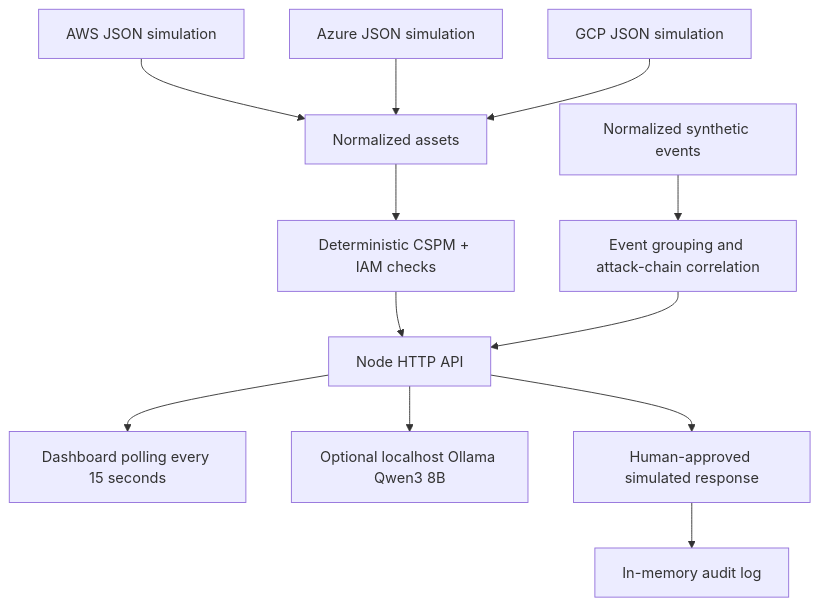
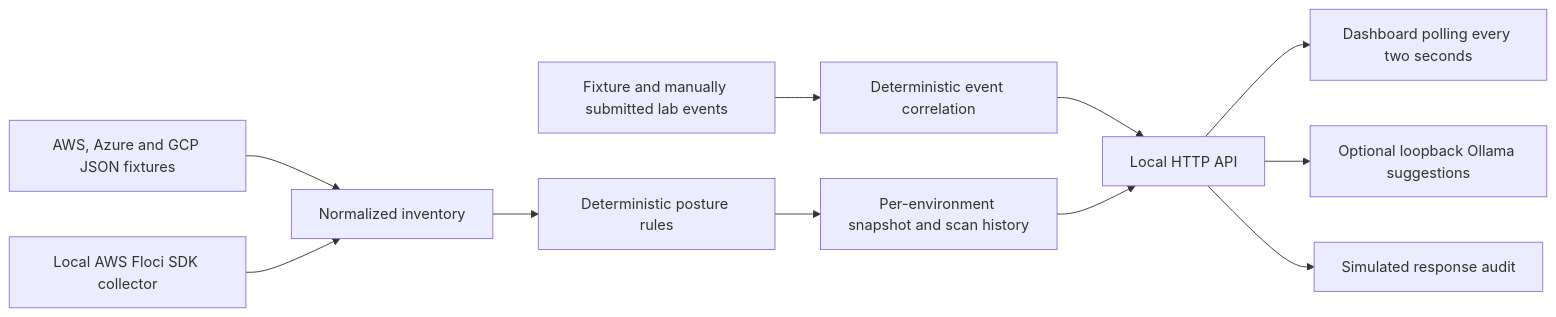
Before and after one commit to Cube14/CloudSentinel: the diagram in docs/architecture.md, drawn with Mermaid. The commit also changed other lines of this file and 23 other files, not shown here.

````diff
--- a/docs/architecture.md
+++ b/docs/architecture.md
@@ -3,14 +3,13 @@
 ```mermaid
-flowchart TD
-    A[AWS JSON simulation] --> D[Normalized assets]
-    B[Azure JSON simulation] --> D
-    C[GCP JSON simulation] --> D
-    D --> E[Deterministic CSPM + IAM checks]
-    E --> F[Node HTTP API]
-    G[Normalized synthetic events] --> H[Event grouping and attack-chain correlation]
-    H --> F
-    F --> I[Dashboard polling every 15 seconds]
-    F --> J[Optional localhost Ollama Qwen3 8B]
-    F --> K[Human-approved simulated response]
-    K --> L[In-memory audit log]
+flowchart LR
+    A[AWS, Azure and GCP JSON fixtures] --> B[Normalized inventory]
+    F[Local AWS Floci SDK collector] --> B
+    B --> C[Deterministic posture rules]
+    C --> S[Per-environment snapshot and scan history]
+    E[Fixture and manually submitted lab events] --> G[Deterministic event correlation]
+    G --> H[Local HTTP API]
+    S --> H
+    H --> I[Dashboard polling every two seconds]
+    H --> J[Optional loopback Ollama suggestions]
+    H --> K[Simulated response audit]
 ```
````
